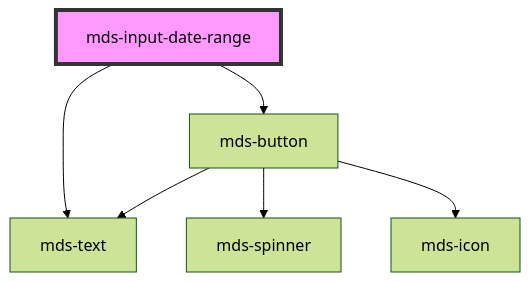
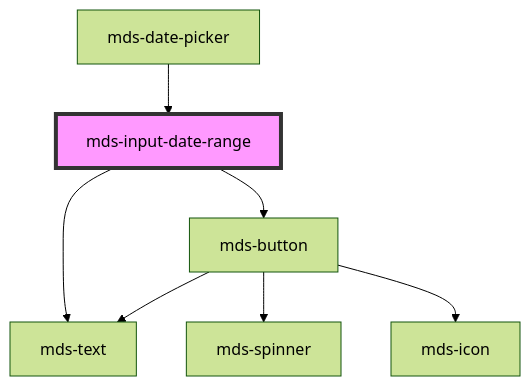
The diagram in projects/stencil/src/components/mds-input-date-range/readme.md (magma-design-system/magma), drawn with Mermaid (forest theme) before and after one commit. The commit also changed other lines of this file and 1 other file, not shown here.

Commit message:
feat(mds-input-date-range): add startDate and endDate props for date selection

````diff
--- a/projects/stencil/src/components/mds-input-date-range/readme.md
+++ b/projects/stencil/src/components/mds-input-date-range/readme.md
@@ -16,9 +35,10 @@
 ```mermaid
 graph TD;
   mds-input-date-range --> mds-text
   mds-input-date-range --> mds-button
   mds-button --> mds-spinner
   mds-button --> mds-icon
   mds-button --> mds-text
+  mds-date-picker --> mds-input-date-range
   style mds-input-date-range fill:#f9f,stroke:#333,stroke-width:4px
 ```
````
